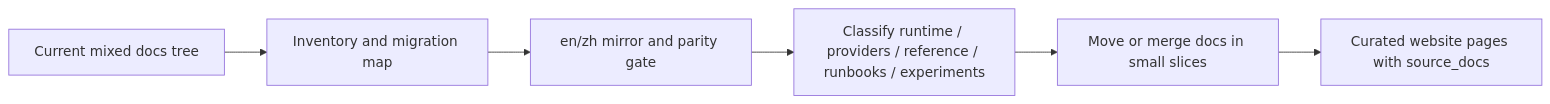
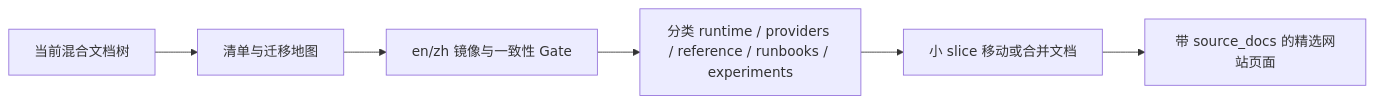
Before and after one commit to yuanyunfan/miniclaw: the diagram in docs/zh/plans/2026-05-15-documentation-strategy.zh.md, drawn with Mermaid. The commit also changed other lines of this file and 55 other files, not shown here.

````diff
--- a/docs/zh/plans/2026-05-15-documentation-strategy.zh.md
+++ b/docs/zh/plans/2026-05-15-documentation-strategy.zh.md
@@ -71,8 +71,8 @@
 ```mermaid
 flowchart LR
-  Current[Current mixed docs tree] --> Inventory[Inventory and migration map]
-  Inventory --> I18n[en/zh mirror and parity gate]
-  I18n --> Classify[Classify runtime / providers / reference / runbooks / experiments]
-  Classify --> Merge[Move or merge docs in small slices]
-  Merge --> Website[Curated website pages with source_docs]
+  Current[当前混合文档树] --> Inventory[清单与迁移地图]
+  Inventory --> I18n[en/zh 镜像与一致性 Gate]
+  I18n --> Classify[分类 runtime / providers / reference / runbooks / experiments]
+  Classify --> Merge[小 slice 移动或合并文档]
+  Merge --> Website[带 source_docs 的精选网站页面]
 ```
````
